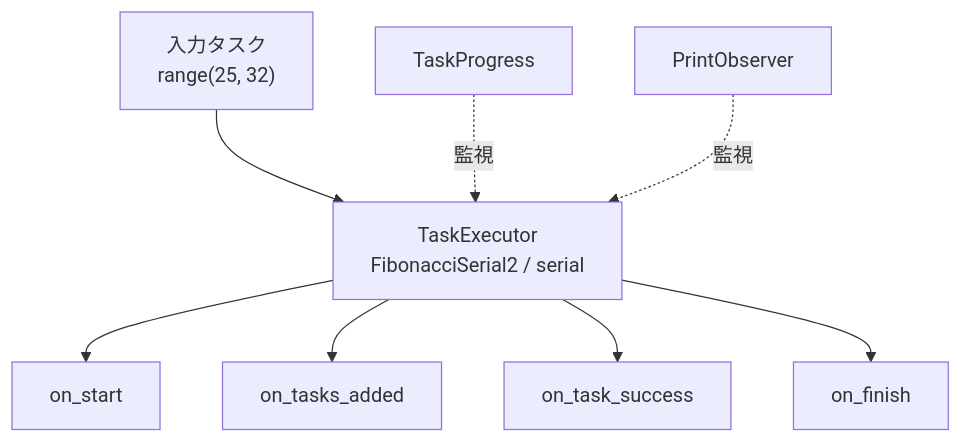
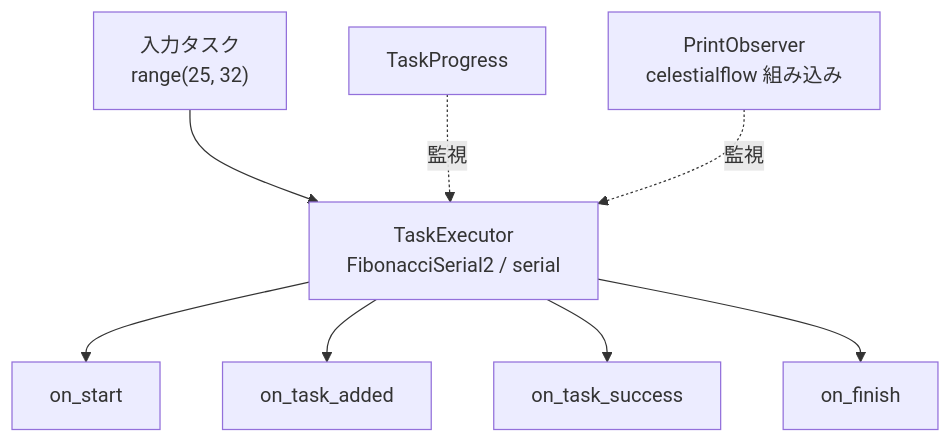
The diagram in docs/ja/demo/demo_observer.md (Mr-xiaotian/CelestialFlow), drawn with Mermaid before and after one commit. The commit also changed other lines of this file and 211 other files, not shown here.

````diff
--- a/docs/ja/demo/demo_observer.md
+++ b/docs/ja/demo/demo_observer.md
@@ -25,10 +25,10 @@
 ```mermaid
 flowchart TB
     Input["入力タスク<br/>range(25, 32)"] --> Executor["TaskExecutor<br/>FibonacciSerial2 / serial"]
     Progress["TaskProgress"] -.監視.-> Executor
-    Custom["PrintObserver"] -.監視.-> Executor
+    Custom["PrintObserver<br/>celestialflow 組み込み"] -.監視.-> Executor
     Executor --> Start["on_start"]
-    Executor --> Added["on_tasks_added"]
+    Executor --> Added["on_task_added"]
     Executor --> Success["on_task_success"]
     Executor --> Finish["on_finish"]
 ```
````
